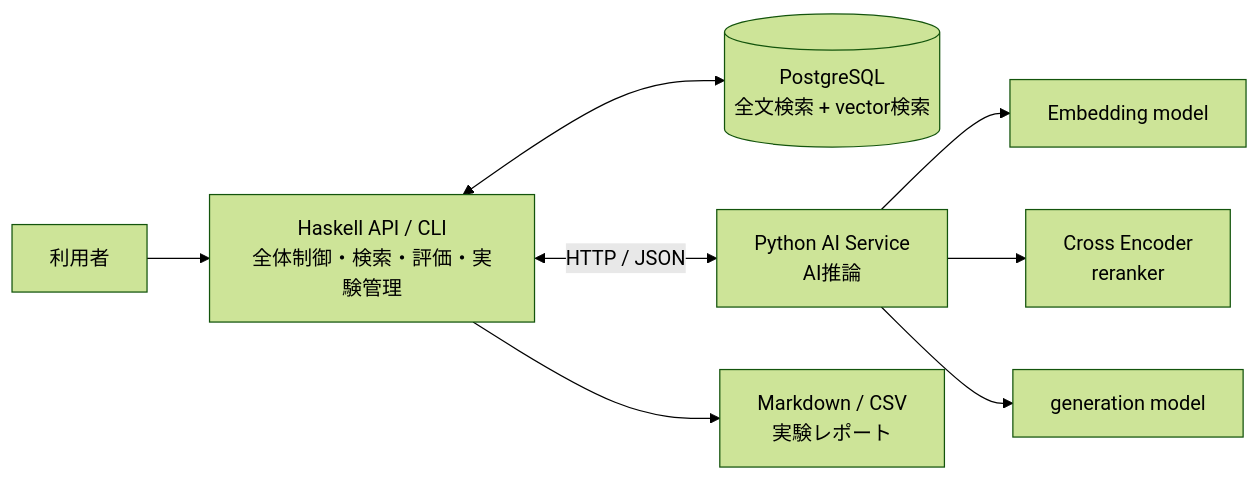
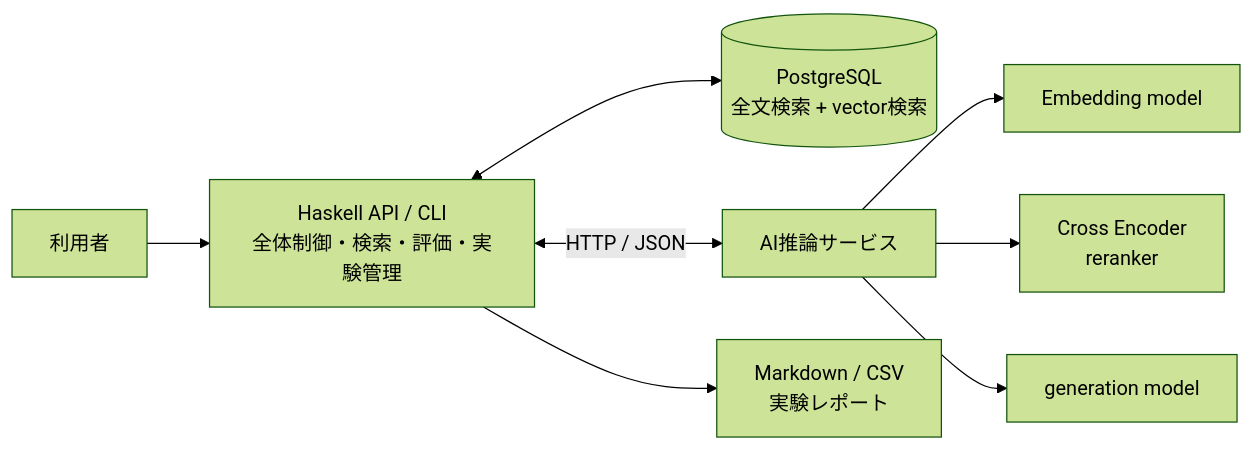
The first of 6 diagrams in RAGScope/docs/design/システムアーキテクチャ.md (takashit16833/RAGScope), drawn with Mermaid (forest theme) before and after one commit. The commit also changed other lines of this file and 26 other files, not shown here.

````diff
--- a/RAGScope/docs/design/システムアーキテクチャ.md
+++ b/RAGScope/docs/design/システムアーキテクチャ.md
@@ -58,13 +58,13 @@
 ```mermaid
 flowchart LR
     User["利用者"] --> Haskell["Haskell API / CLI<br>全体制御・検索・評価・実験管理"]
 
     Haskell <--> DB[("PostgreSQL<br>全文検索 + vector検索")]
-    Haskell <-->|HTTP / JSON| Python["Python AI Service<br>AI推論"]
+    Haskell <-->|HTTP / JSON| Python["AI推論サービス"]
 
     Python --> Embedding["Embedding model"]
     Python --> Reranker["Cross Encoder<br>reranker"]
     Python --> Generation["generation model"]
 
     Haskell --> Report["Markdown / CSV<br>実験レポート"]
 ```
````
